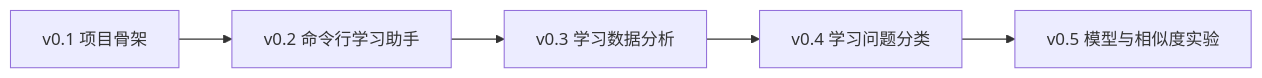
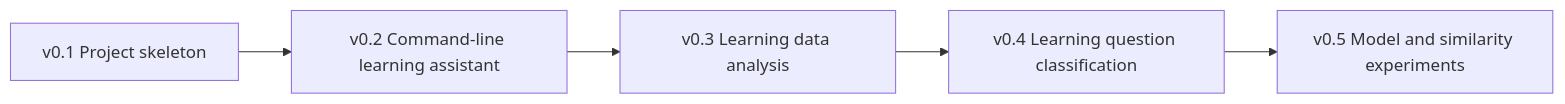
The second of 3 diagrams in docs/intro/ai-learning-assistant-version-roadmap.md (oudbiao/AI-fullstack-course), drawn with Mermaid before and after one commit. The commit also changed other lines of this file and 1406 other files, not shown here.

````diff
--- a/docs/intro/ai-learning-assistant-version-roadmap.md
+++ b/docs/intro/ai-learning-assistant-version-roadmap.md
@@ -35,7 +35,7 @@
 ```mermaid
 flowchart LR
-  A[v0.1 项目骨架] --> B[v0.2 命令行学习助手]
-  B --> C[v0.3 学习数据分析]
-  C --> D[v0.4 学习问题分类]
-  D --> E[v0.5 模型与相似度实验]
+  A[v0.1 Project skeleton] --> B[v0.2 Command-line learning assistant]
+  B --> C[v0.3 Learning data analysis]
+  C --> D[v0.4 Learning question classification]
+  D --> E[v0.5 Model and similarity experiments]
 ```
````
